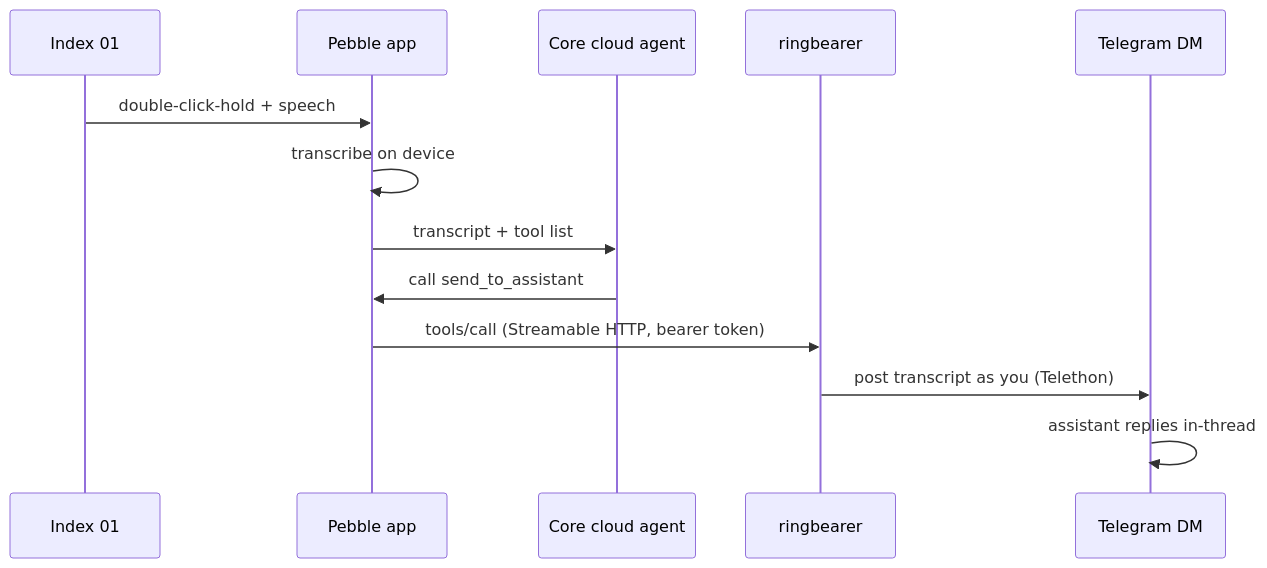
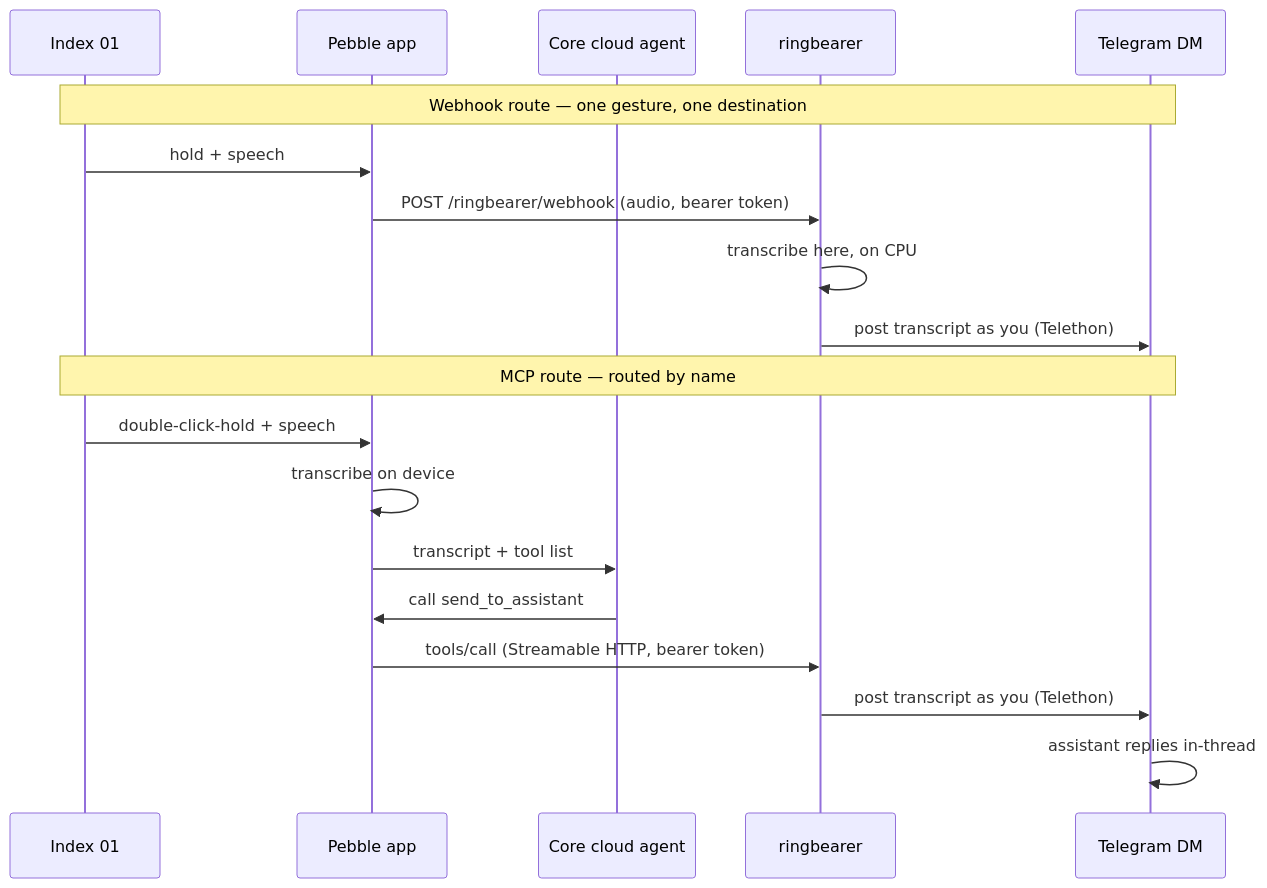
Before and after one commit to MDB4241/ringbearer: the diagram in README.md, drawn with Mermaid. The commit also changed other lines of this file, not shown here.

````diff
--- a/README.md
+++ b/README.md
@@ -25,16 +35,23 @@
 ```mermaid
 sequenceDiagram
     participant Ring as Index 01
     participant Phone as Pebble app
     participant Cloud as Core cloud agent
     participant RB as ringbearer
     participant TG as Telegram DM
 
+    Note over Ring,TG: Webhook route — one gesture, one destination
+    Ring->>Phone: hold + speech
+    Phone->>RB: POST /ringbearer/webhook (audio, bearer token)
+    RB->>RB: transcribe here, on CPU
+    RB->>TG: post transcript as you (Telethon)
+
+    Note over Ring,TG: MCP route — routed by name
     Ring->>Phone: double-click-hold + speech
     Phone->>Phone: transcribe on device
     Phone->>Cloud: transcript + tool list
     Cloud->>Phone: call send_to_assistant
     Phone->>RB: tools/call (Streamable HTTP, bearer token)
     RB->>TG: post transcript as you (Telethon)
     TG->>TG: assistant replies in-thread
 ```
````
